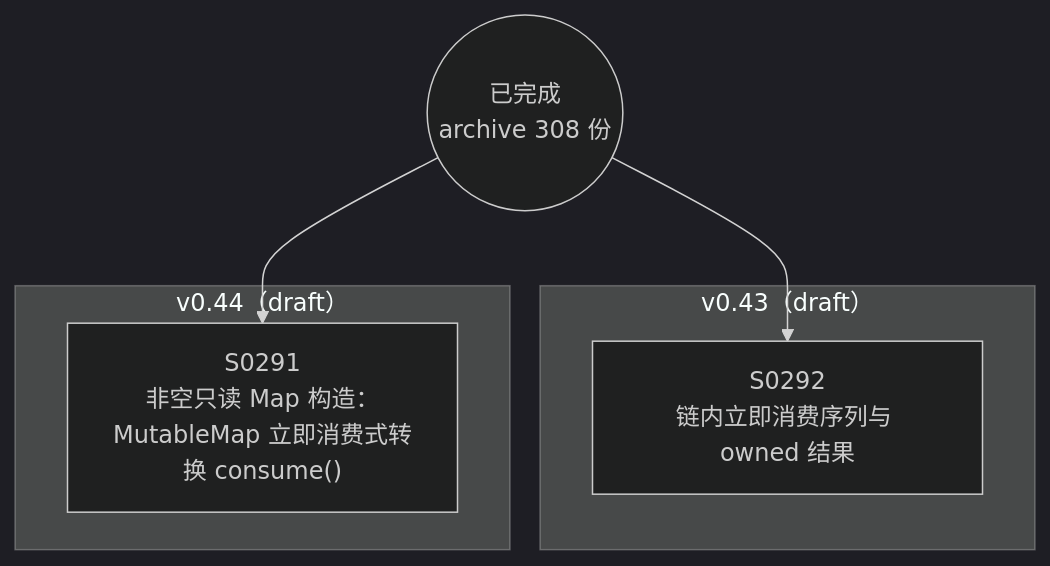
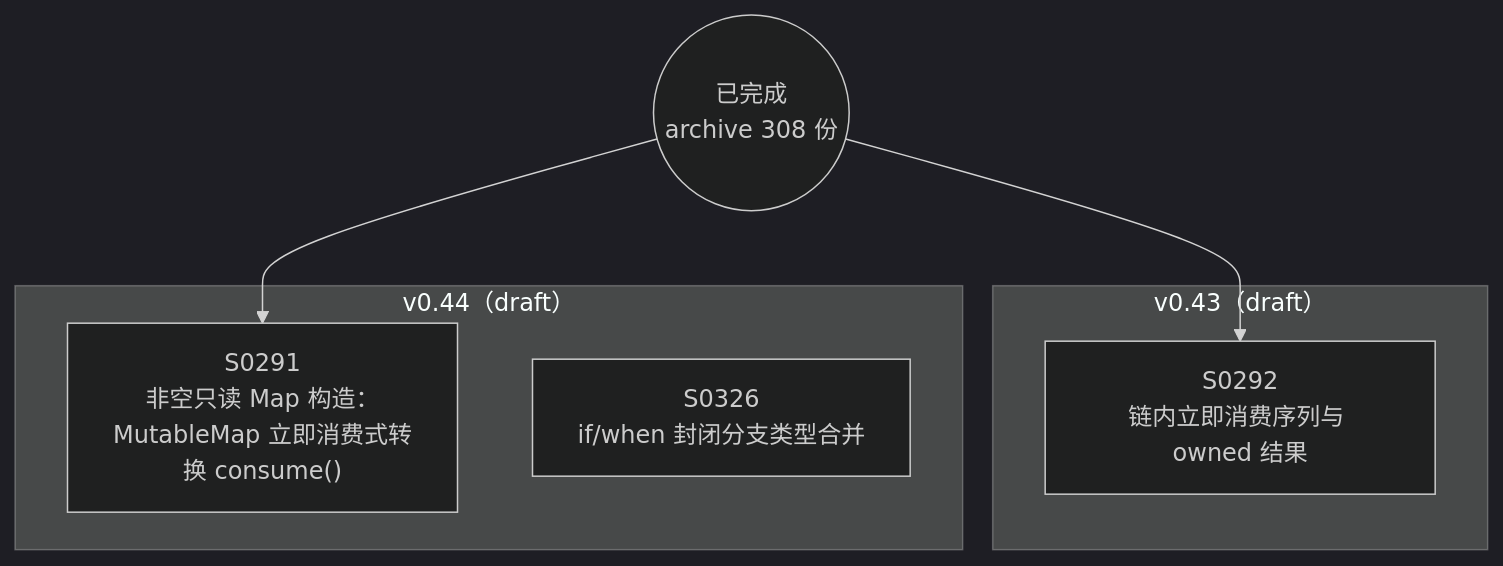
One commit to Halckon/Koven changed the diagram in docs/specs/dependency-graph.md. Above: the diagram before and after it, drawn with Mermaid (dark theme). The commit also changed other lines of this file and 6 other files, not shown here.

````diff
--- a/docs/specs/dependency-graph.md
+++ b/docs/specs/dependency-graph.md
@@ -9,12 +9,13 @@
 ```mermaid
 flowchart TD
 ARCH(("已完成<br/>archive 308 份"))
 subgraph Gdrafts_v043["v0.43（draft）"]
   S0292["S0292<br/>链内立即消费序列与 owned 结果"]
 end
 subgraph Gdrafts_v044["v0.44（draft）"]
   S0291["S0291<br/>非空只读 Map 构造：MutableMap 立即消费式转换 consume()"]
+  S0326["S0326<br/>if/when 封闭分支类型合并"]
 end
 ARCH --> S0291
 ARCH --> S0292
 ```
````
